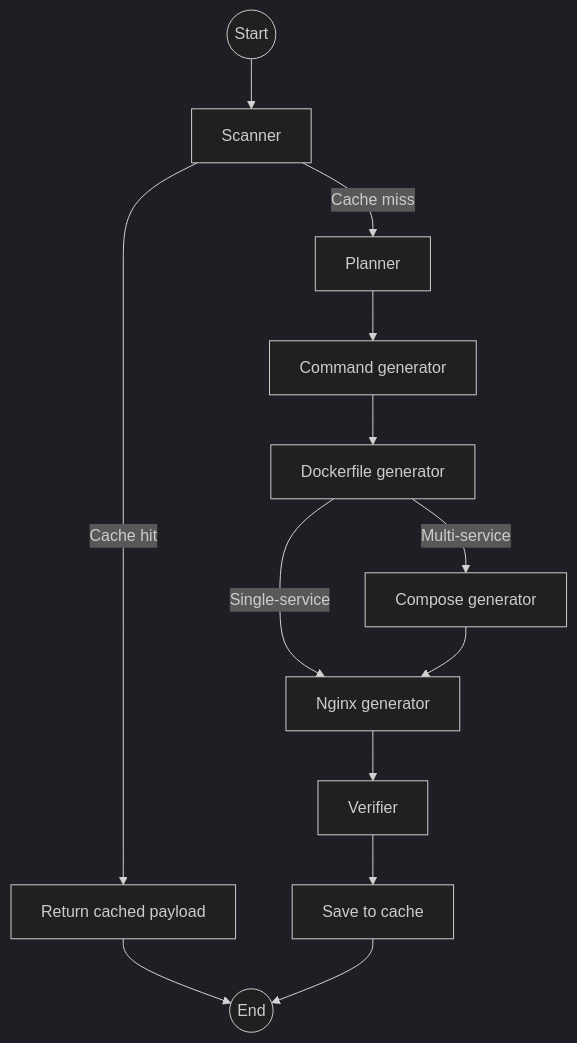
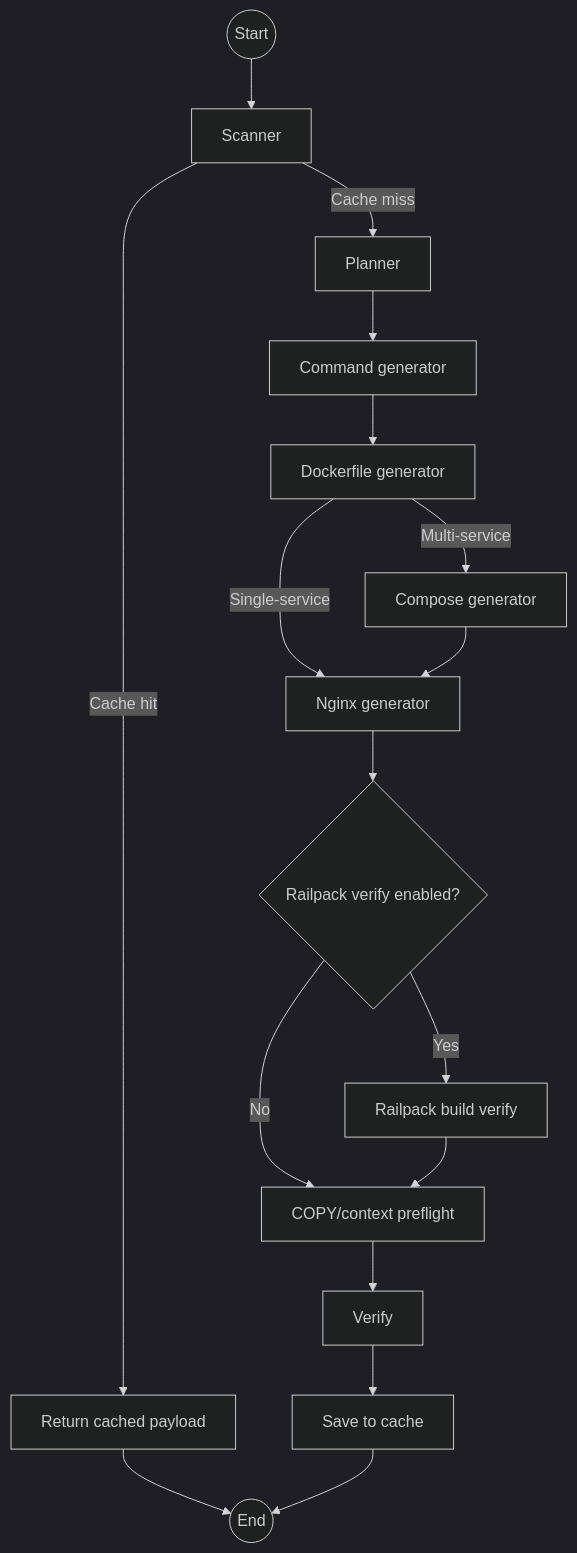
One commit to anirudh-makuluri/deploypilot-ai changed the diagram in README.md. Above: the diagram before and after it, drawn with Mermaid (dark theme). The commit also changed other lines of this file and 13 other files, not shown here.

Commit message:
feat: Add Railpack build verification and preflight checks for Dockerfiles

````diff
--- a/README.md
+++ b/README.md
@@ -21,15 +22,19 @@
 ```mermaid
 graph TD
     Start(("Start")) --> Scan["Scanner"]
     Scan -->|Cache hit| ReturnCache["Return cached payload"]
     Scan -->|Cache miss| Plan["Planner"]
     Plan --> Commands["Command generator"]
     Commands --> Docker["Dockerfile generator"]
     Docker -->|Multi-service| Compose["Compose generator"]
     Docker -->|Single-service| Nginx["Nginx generator"]
     Compose --> Nginx
-    Nginx --> Verify["Verifier"]
+    Nginx --> Railpack{"Railpack verify enabled?"}
+    Railpack -->|Yes| BuildVerify["Railpack build verify"]
+    Railpack -->|No| Preflight["COPY/context preflight"]
+    BuildVerify --> Preflight
+    Preflight --> Verify
     Verify --> Save["Save to cache"]
     ReturnCache --> End(("End"))
     Save --> End
 ```
````
